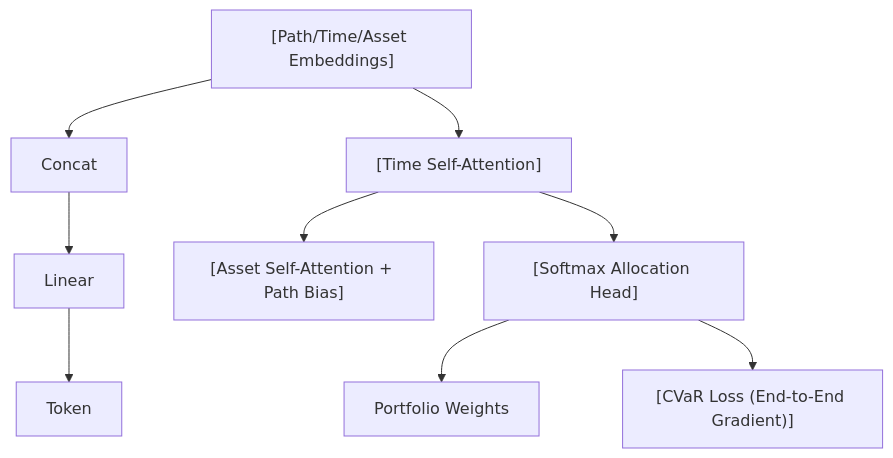
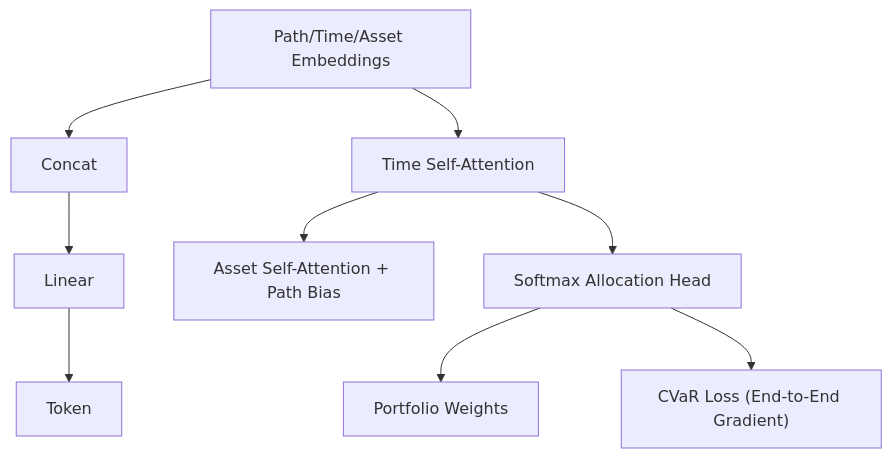
One commit to sou350121/Trading-Handbook changed the diagram in foundations/portfolio-optimization/signature-informed-transformer-sit.md. Above: the diagram before and after it, drawn with Mermaid. The commit also changed 191 other files, not shown here.

First line of the commit message:
render: fix math + mermaid for GitHub across the corpus (188 pages)

````diff
--- a/foundations/portfolio-optimization/signature-informed-transformer-sit.md
+++ b/foundations/portfolio-optimization/signature-informed-transformer-sit.md
@@ -32,11 +32,11 @@
 ```mermaid
 flowchart TD
-    A["[Path/Time/Asset Embeddings]"] --> B["Concat"]
+    A["Path/Time/Asset Embeddings"] --> B["Concat"]
     B --> C["Linear"]
     C --> D["Token"]
-    A --> E["[Time Self-Attention]"]
-    E --> F["[Asset Self-Attention + Path Bias]"]
-    E --> G["[Softmax Allocation Head]"]
+    A --> E["Time Self-Attention"]
+    E --> F["Asset Self-Attention + Path Bias"]
+    E --> G["Softmax Allocation Head"]
     G --> H["Portfolio Weights"]
-    G --> I["[CVaR Loss (End-to-End Gradient)]"]
+    G --> I["CVaR Loss (End-to-End Gradient)"]
 ```
````
